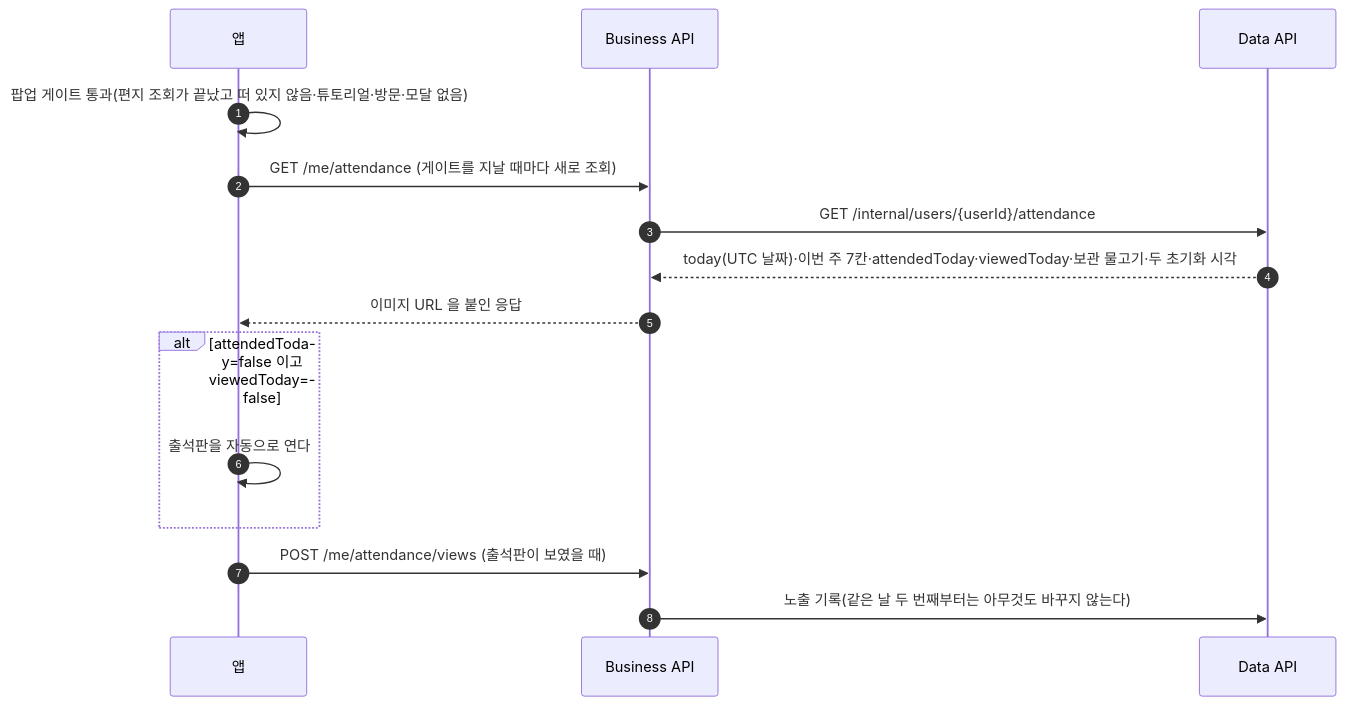
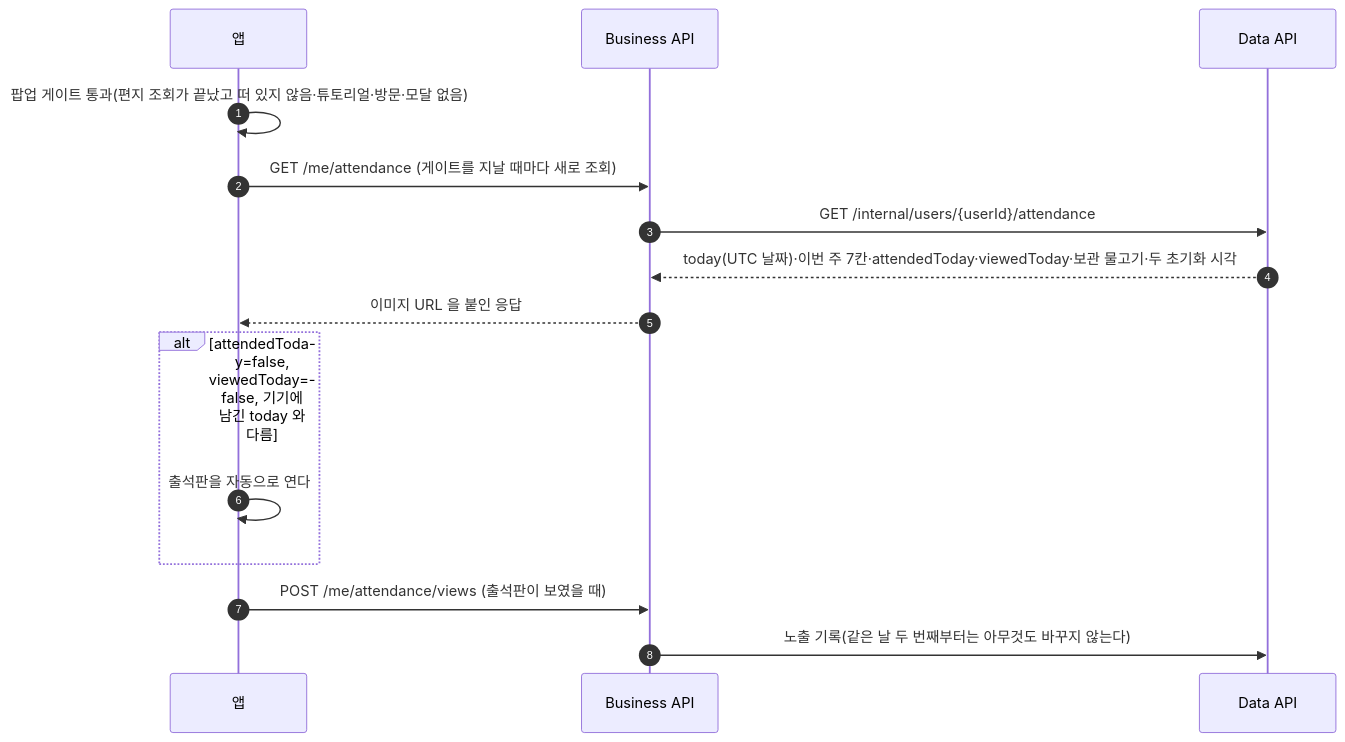
The second of 4 diagrams in docs/prd/fishcat/attendance/high-level-design.md (OneOrThree/phone), drawn with Mermaid before and after one commit. The commit also changed other lines of this file and 2 other files, not shown here.

First line of the commit message:
[CHORE] GROMO-2857 리뷰 3라운드: 다이어그램·책임 표를 본문과 맞추고 배포 단계 이유를 보탠다

````diff
--- a/docs/prd/fishcat/attendance/high-level-design.md
+++ b/docs/prd/fishcat/attendance/high-level-design.md
@@ -78,17 +78,17 @@
 ```mermaid
 sequenceDiagram
   autonumber
   participant A as 앱
   participant B as Business API
   participant D as Data API
   A->>A: 팝업 게이트 통과(편지 조회가 끝났고 떠 있지 않음·튜토리얼·방문·모달 없음)
   A->>B: GET /me/attendance (게이트를 지날 때마다 새로 조회)
   B->>D: GET /internal/users/{userId}/attendance
   D-->>B: today(UTC 날짜)·이번 주 7칸·attendedToday·viewedToday·보관 물고기·두 초기화 시각
   B-->>A: 이미지 URL 을 붙인 응답
-  alt attendedToday=false 이고 viewedToday=false
+  alt attendedToday=false, viewedToday=false, 기기에 남긴 today 와 다름
     A->>A: 출석판을 자동으로 연다
   end
   A->>B: POST /me/attendance/views (출석판이 보였을 때)
   B->>D: 노출 기록(같은 날 두 번째부터는 아무것도 바꾸지 않는다)
 ```
````
